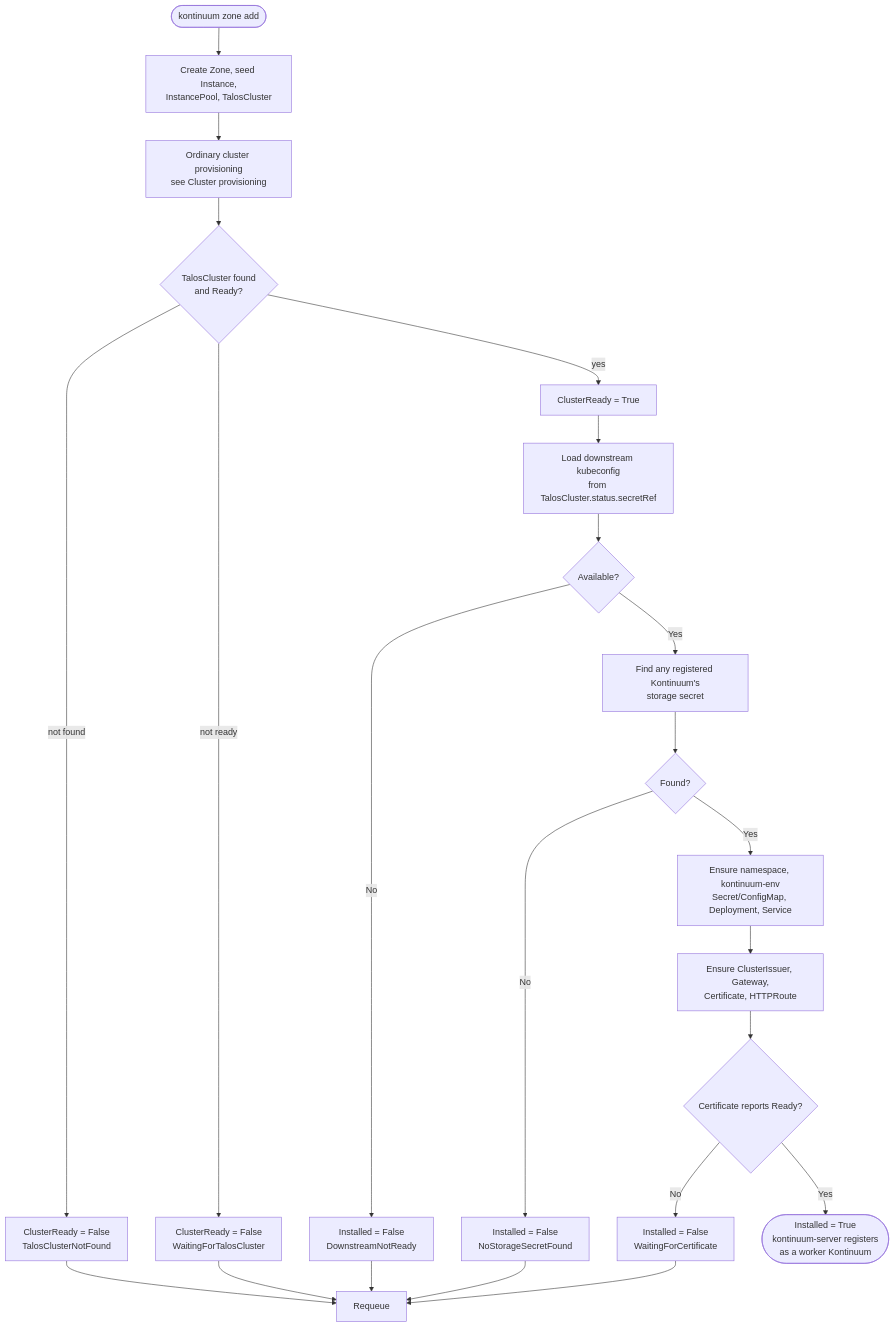
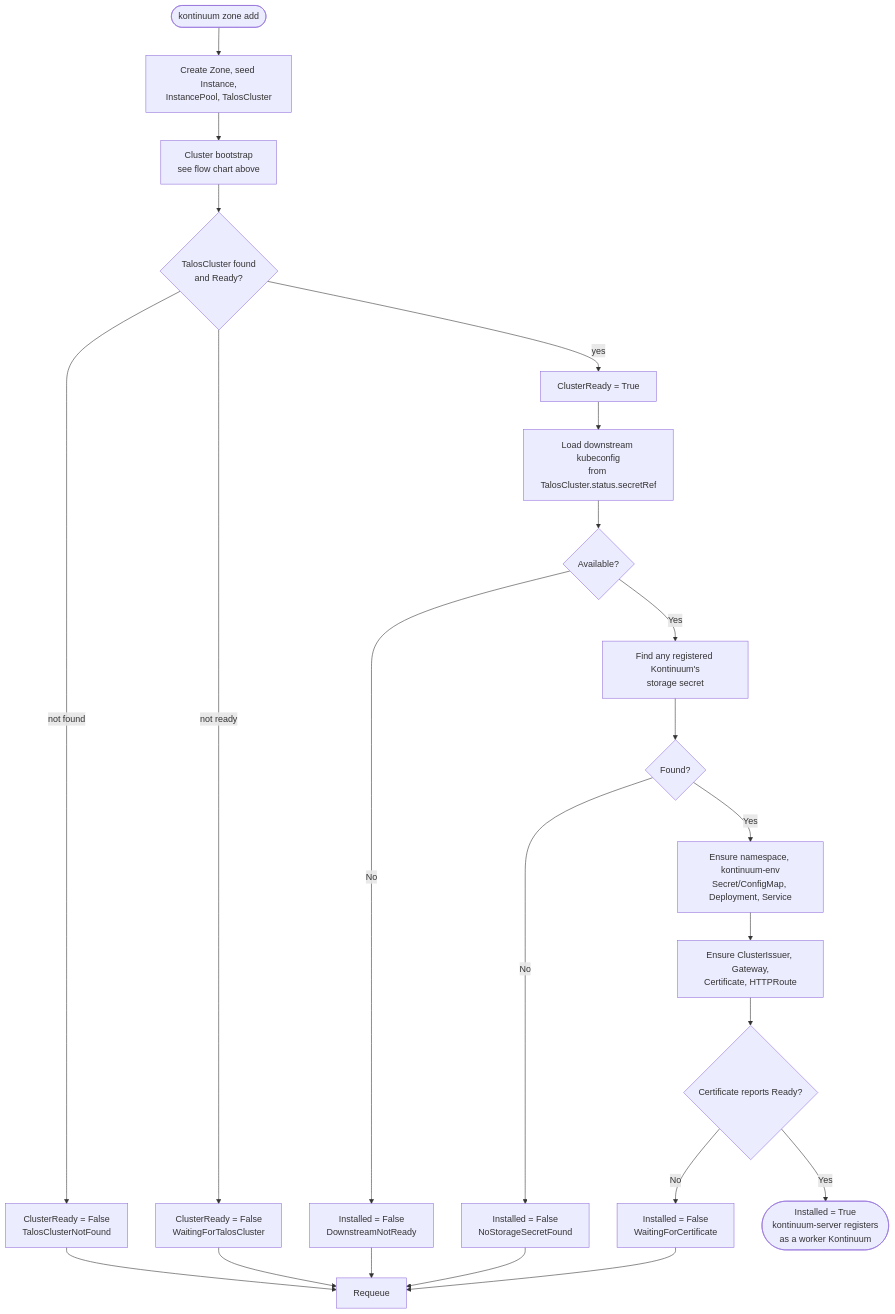
One commit to nicklasfrahm-dev/kontinuum changed the second of 2 diagrams in docs/workflows/zone-add.md. Above: the diagram before and after it, drawn with Mermaid. The commit also changed other lines of this file and 15 other files, not shown here.

````diff
--- a/docs/workflows/zone-add.md
+++ b/docs/workflows/zone-add.md
@@ -120,29 +280,29 @@
 ```mermaid
 flowchart TD
     Start([kontinuum zone add]) --> FanOut[Create Zone, seed Instance,\nInstancePool, TalosCluster]
-    FanOut --> Bootstrap[Ordinary cluster provisioning\nsee Cluster provisioning]
+    FanOut --> Bootstrap[Cluster bootstrap\nsee flow chart above]
 
     Bootstrap --> ClusterCheck{TalosCluster found\nand Ready?}
     ClusterCheck -- not found --> NotFound[ClusterReady = False\nTalosClusterNotFound]
     NotFound --> Requeue1[Requeue]
     ClusterCheck -- not ready --> Waiting[ClusterReady = False\nWaitingForTalosCluster]
     Waiting --> Requeue1
 
     ClusterCheck -- yes --> ClusterReady[ClusterReady = True]
     ClusterReady --> LoadKubeconfig[Load downstream kubeconfig\nfrom TalosCluster.status.secretRef]
     LoadKubeconfig --> KubeconfigOK{Available?}
     KubeconfigOK -- No --> NotReady[Installed = False\nDownstreamNotReady]
     NotReady --> Requeue1
 
     KubeconfigOK -- Yes --> FindStorage[Find any registered Kontinuum's\nstorage secret]
     FindStorage --> StorageOK{Found?}
     StorageOK -- No --> NoStorage[Installed = False\nNoStorageSecretFound]
     NoStorage --> Requeue1
 
     StorageOK -- Yes --> InstallWorkload[Ensure namespace, kontinuum-env\nSecret/ConfigMap, Deployment, Service]
     InstallWorkload --> InstallNetwork[Ensure ClusterIssuer, Gateway,\nCertificate, HTTPRoute]
     InstallNetwork --> CertCheck{Certificate reports Ready?}
     CertCheck -- No --> WaitCert[Installed = False\nWaitingForCertificate]
     WaitCert --> Requeue1
     CertCheck -- Yes --> Done([Installed = True\nkontinuum-server registers\nas a worker Kontinuum])
 ```
````
